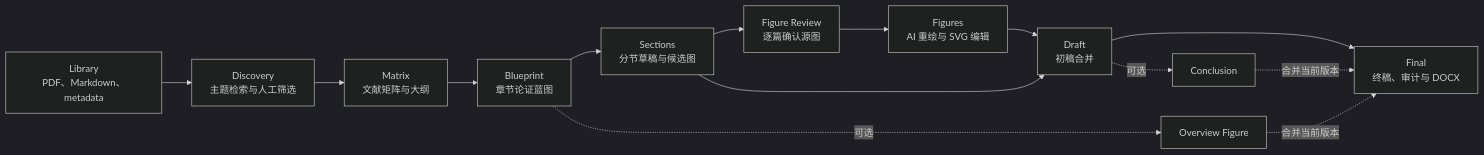
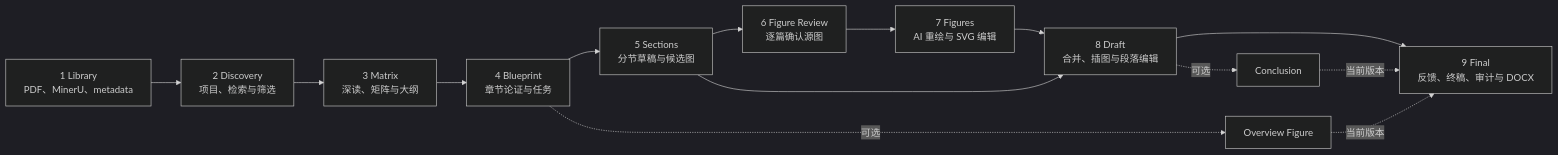
Before and after one commit to XuehaiWang/review-writer: the diagram in README.md, drawn with Mermaid (dark theme). The commit also changed other lines of this file, not shown here.

````diff
--- a/README.md
+++ b/README.md
@@ -15,16 +15,16 @@
 ```mermaid
 flowchart LR
-    A["Library<br/>PDF、Markdown、metadata"] --> B["Discovery<br/>主题检索与人工筛选"]
-    B --> C["Matrix<br/>文献矩阵与大纲"]
-    C --> D["Blueprint<br/>章节论证蓝图"]
-    D --> E["Sections<br/>分节草稿与候选图"]
-    E --> F["Figure Review<br/>逐篇确认源图"]
-    F --> G["Figures<br/>AI 重绘与 SVG 编辑"]
-    E --> H["Draft<br/>初稿合并"]
+    A["1 Library<br/>PDF、MinerU、metadata"] --> B["2 Discovery<br/>项目、检索与筛选"]
+    B --> C["3 Matrix<br/>深读、矩阵与大纲"]
+    C --> D["4 Blueprint<br/>章节论证与任务"]
+    D --> E["5 Sections<br/>分节草稿与候选图"]
+    E --> F["6 Figure Review<br/>逐篇确认源图"]
+    F --> G["7 Figures<br/>AI 重绘与 SVG 编辑"]
+    E --> H["8 Draft<br/>合并、插图与段落编辑"]
     G --> H
-    H --> I["Final<br/>终稿、审计与 DOCX"]
+    H --> I["9 Final<br/>反馈、终稿、审计与 DOCX"]
     D -. 可选 .-> J["Overview Figure"]
     H -. 可选 .-> K["Conclusion"]
-    J -. 合并当前版本 .-> I
-    K -. 合并当前版本 .-> I
+    J -. 当前版本 .-> I
+    K -. 当前版本 .-> I
 ```
````
